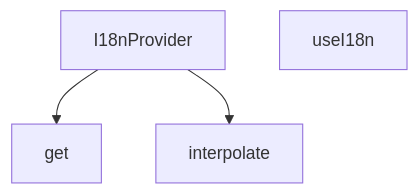
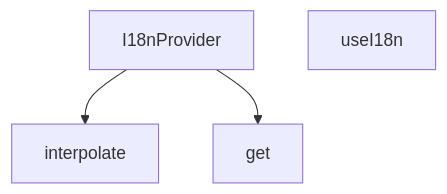
Before and after one commit to peckop/venthub-hvac-esite: the diagram in src/i18n/I18nProvider.md, drawn with Mermaid. The commit also changed other lines of this file and 723 other files, not shown here.

````diff
--- a/src/i18n/I18nProvider.md
+++ b/src/i18n/I18nProvider.md
@@ -157,9 +157,9 @@
 ```mermaid
 graph TD
     I18nProvider_tsx__I18nProvider["I18nProvider"]
     I18nProvider_tsx__get["get"]
     I18nProvider_tsx__interpolate["interpolate"]
     I18nProvider_tsx__useI18n["useI18n"]
+    I18nProvider_tsx__I18nProvider --> I18nProvider_tsx__interpolate
     I18nProvider_tsx__I18nProvider --> I18nProvider_tsx__get
-    I18nProvider_tsx__I18nProvider --> I18nProvider_tsx__interpolate
 ```
````
